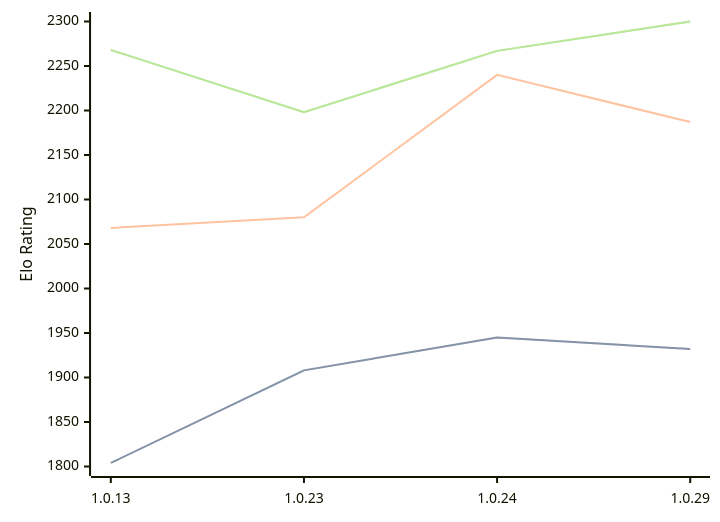
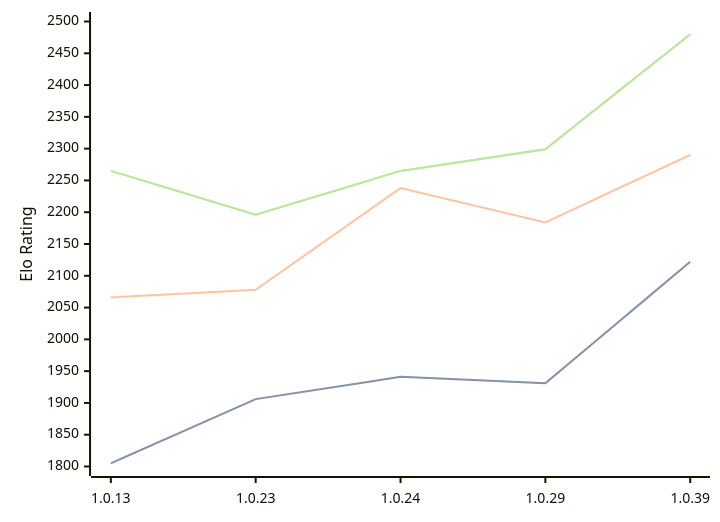
Before and after one commit to computer-chess-index/cci: the diagram in engines/RustyRival.md, drawn with Mermaid. The commit also changed other lines of this file, not shown here.

Commit message:
Update CCI Ratings (ELO VLTC) - 2026-04-01

````diff
--- a/engines/RustyRival.md
+++ b/engines/RustyRival.md
@@ -65,11 +65,11 @@
 ```mermaid
 %%{init: {"theme":"base","themeVariables":{"seriesColors:['#a3a3a3','#222221','#faa371']}}}%%
 xychart-beta
-  x-axis ["1.0.13", "1.0.23", "1.0.24", "1.0.29"]
-  y-axis "Elo Rating" 1800 --> 2300
-  line "STC (8.0+0.08s)" [1804, 1908, 1945, 1932]
-  line "STC (8.0+0.08s)" [1804, 1908, 1945, 1932]
-  line "LTC (60.0+0.60s)" [2068, 2080, 2240, 2187]
-  line "VLTC (2m24s+1.12s)" [2268, 2198, 2267, 2300]
-  line "VLTC (2m24s+1.12s)" [2268, 2198, 2267, 2300]
+  x-axis ["1.0.13", "1.0.23", "1.0.24", "1.0.29", "1.0.39"]
+  y-axis "Elo Rating" 1800 --> 2500
+  line "STC (8.0+0.08s)" [1805, 1906, 1941, 1931, 2122]
+  line "STC (8.0+0.08s)" [1805, 1906, 1941, 1931, 2122]
+  line "LTC (60.0+0.60s)" [2066, 2078, 2238, 2184, 2290]
+  line "VLTC (2m24s+1.12s)" [2265, 2196, 2265, 2299, 2480]
+  line "VLTC (2m24s+1.12s)" [2265, 2196, 2265, 2299, 2480]
 ```
````
